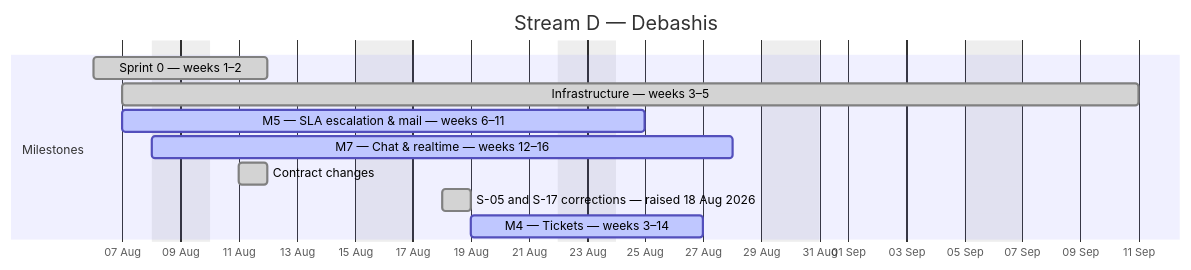
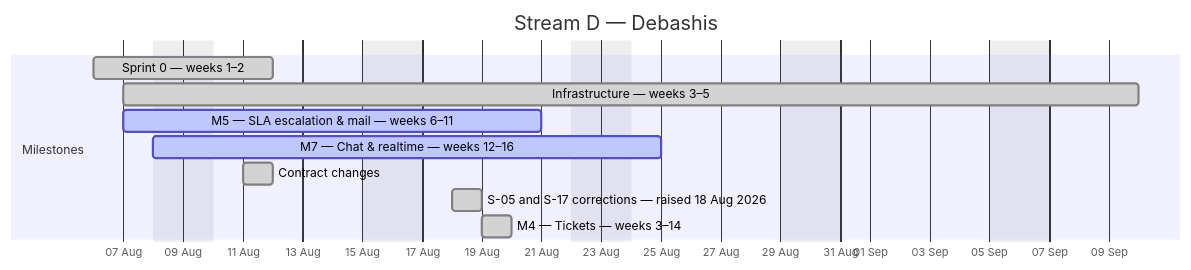
The fourth of 4 diagrams in docs/plan/GANTT.md (debashisedunext/EduTrack), drawn with Mermaid before and after one commit. The commit also changed other lines of this file and 3 other files, not shown here.

````diff
--- a/docs/plan/GANTT.md
+++ b/docs/plan/GANTT.md
@@ -132,15 +132,15 @@
 ```mermaid
 gantt
     dateFormat YYYY-MM-DD
     axisFormat %d %b
     title Stream D — Debashis
     excludes weekends
     section Milestones
     Sprint 0 — weeks 1–2 :done, d0, 2026-08-06, 4d
-    Infrastructure — weeks 3–5 :done, d1, 2026-08-07, 25d
-    M5 — SLA  escalation & mail — weeks 6–11 :active, d2, 2026-08-07, 12d
-    M7 — Chat & realtime — weeks 12–16 :active, d3, 2026-08-08, 15d
+    Infrastructure — weeks 3–5 :done, d1, 2026-08-07, 24d
+    M5 — SLA  escalation & mail — weeks 6–11 :active, d2, 2026-08-07, 10d
+    M7 — Chat & realtime — weeks 12–16 :active, d3, 2026-08-08, 12d
     Contract changes :done, d4, 2026-08-11, 1d
     S-05 and S-17 corrections — raised 18 Aug 2026 :done, d5, 2026-08-18, 1d
-    M4 — Tickets — weeks 3–14 :active, d6, 2026-08-19, 6d
+    M4 — Tickets — weeks 3–14 :done, d6, 2026-08-19, 1d
 ```
````
